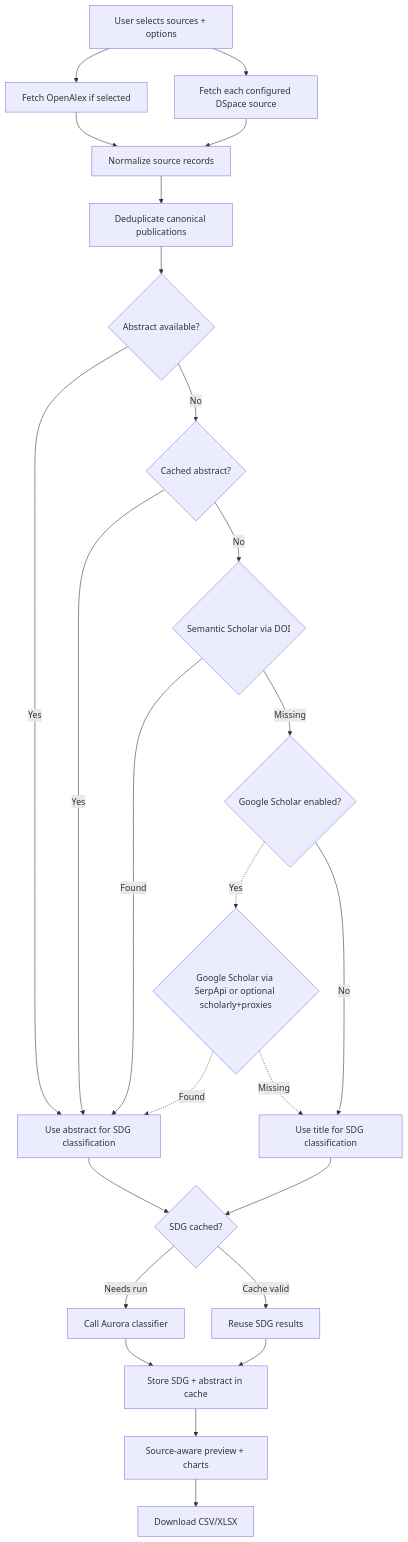
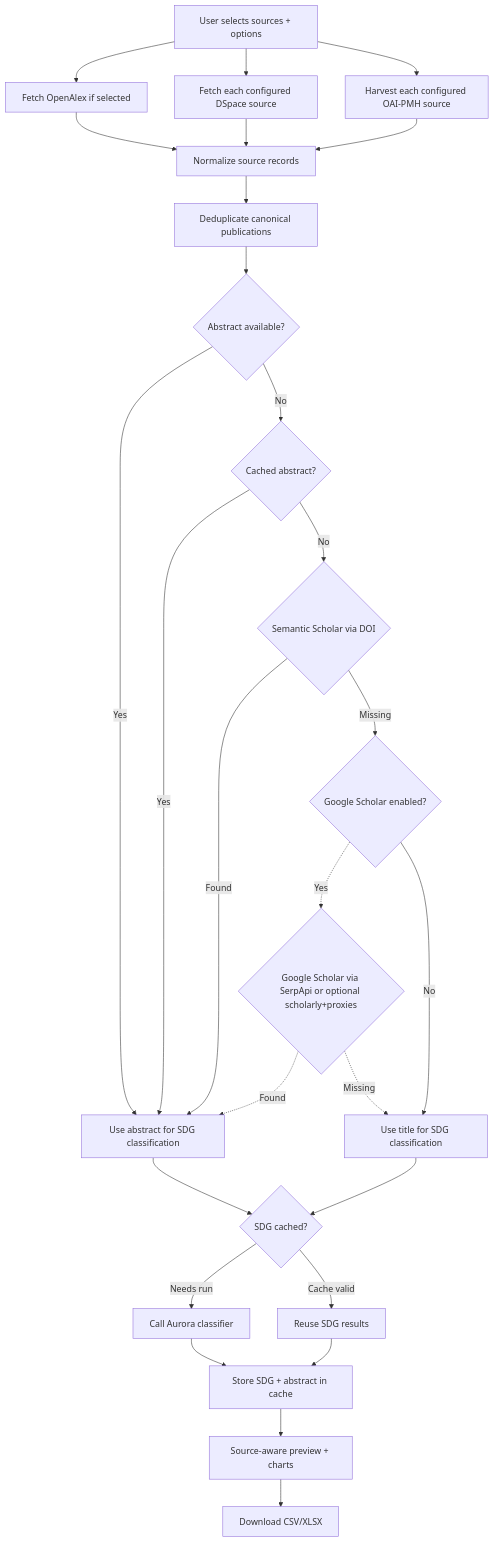
The diagram in README.md (jmiba/Aurora-SDG-Publication-Classifier), drawn with Mermaid before and after one commit. The commit also changed other lines of this file and 8 other files, not shown here.

First line of the commit message:
Add OAI-PMH support for fetching publications

````diff
--- a/README.md
+++ b/README.md
@@ -36,27 +39,29 @@
 ```mermaid
 flowchart TB
     A[User selects sources + options] --> B1[Fetch OpenAlex if selected]
     A --> B2[Fetch each configured DSpace source]
+    A --> B4[Harvest each configured OAI-PMH source]
     B1 --> B[Normalize source records]
     B2 --> B
+    B4 --> B
     B --> B3[Deduplicate canonical publications]
     B3 --> C{Abstract available?}
     C -->|Yes| D[Use abstract for SDG classification]
     C -->|No| E{Cached abstract?}
     E -->|Yes| D
     E -->|No| F{Semantic Scholar via DOI}
     F -->|Found| D
     F -->|Missing| G{Google Scholar enabled?}
     I -.->|Missing| H[Use title for SDG classification]
     G -->|No| H
     G -.->|Yes| I{Google Scholar via SerpApi or optional scholarly+proxies}
     I -.->|Found| D
     D --> J{SDG cached?}
     H --> J
     J -->|Cache valid| K[Reuse SDG results]
     J -->|Needs run| L[Call Aurora classifier]
     L --> M[Store SDG + abstract in cache]
     K --> M
     M --> N[Source-aware preview + charts]
     N --> O[Download CSV/XLSX]
 ```
````
